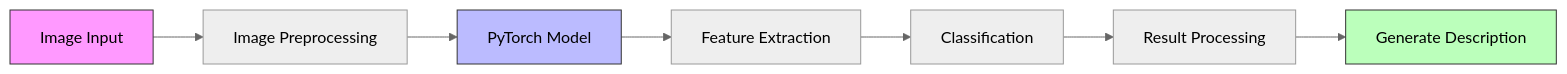
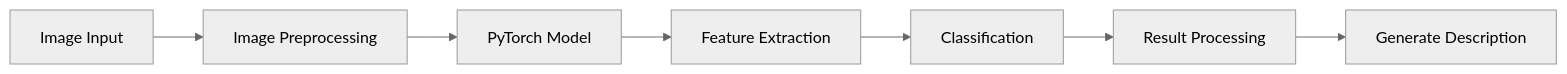
One commit to onidian56/Image-Description-Generation-Using-Client-Server-Connection-with-Different-Networks changed the third of 6 diagrams in README.md. Above: the diagram before and after it, drawn with Mermaid (neutral theme). The commit also changed other lines of this file, not shown here.

````diff
--- a/README.md
+++ b/README.md
@@ -83,13 +80,9 @@
 ```mermaid
 flowchart LR
     A[Image Input] --> B[Image Preprocessing]
     B --> C[PyTorch Model]
     C --> D[Feature Extraction]
     D --> E[Classification]
     E --> F[Result Processing]
     F --> G[Generate Description]
-    
-    style A fill:#f9f,stroke:#333,stroke-width:1px
-    style C fill:#bbf,stroke:#333,stroke-width:1px
-    style G fill:#bfb,stroke:#333,stroke-width:1px
 ```
````
